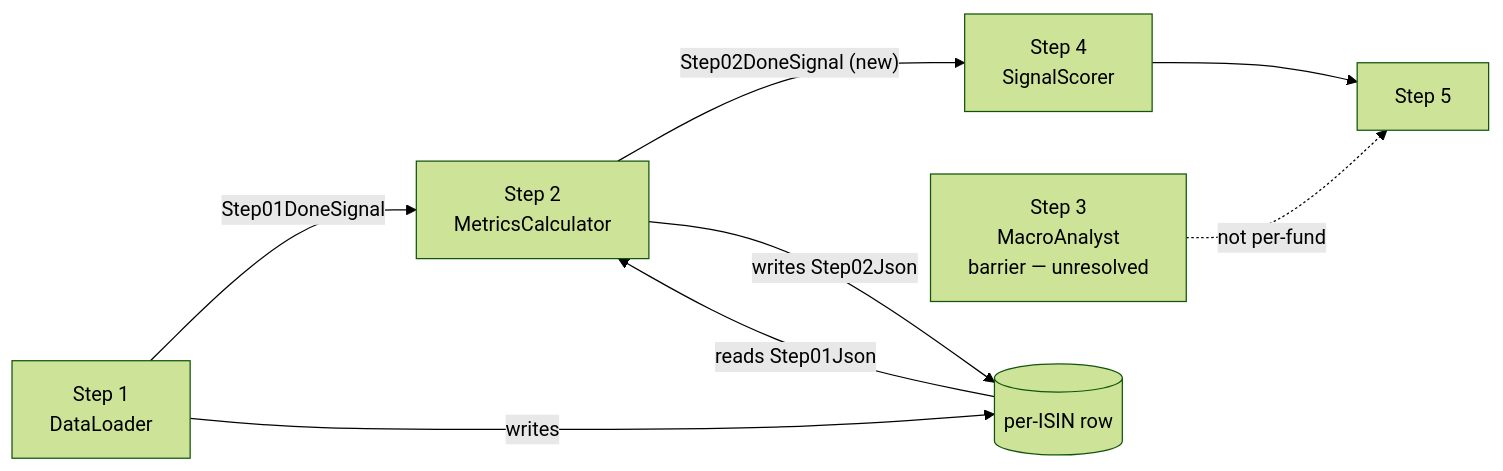
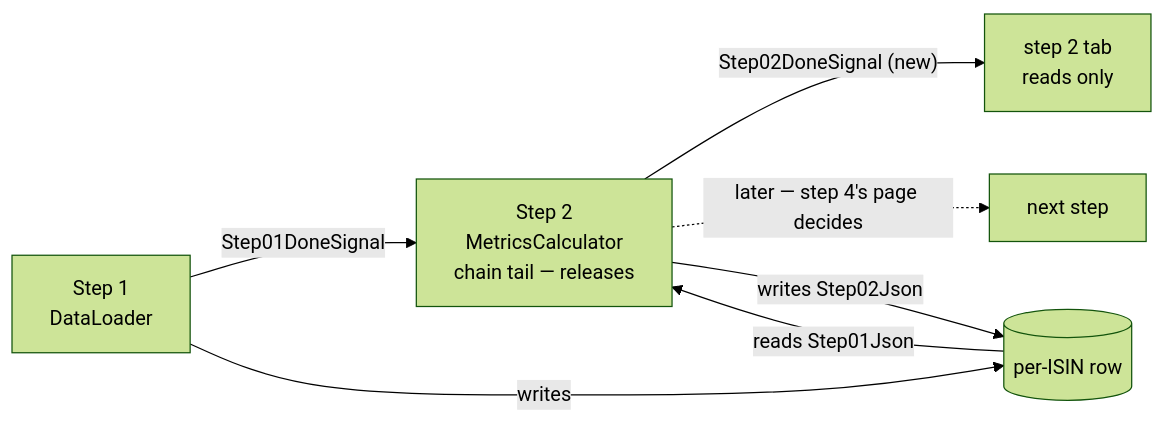
One commit to Muhomorik/FikaFinans changed the third of 3 diagrams in Docs/pipeline-redesign/02-metricscalculator.md. Above: the diagram before and after it, drawn with Mermaid (forest theme). The commit also changed other lines of this file, not shown here.

Commit message:
Expand `02-metricscalculator` documentation: new types, lifecycle, configs, signal flow, row structure decisions, and step transition logic. Align with `Step01DataLoader`.

````diff
--- a/Docs/pipeline-redesign/02-metricscalculator.md
+++ b/Docs/pipeline-redesign/02-metricscalculator.md
@@ -354,10 +508,9 @@
 ```mermaid
 flowchart LR
-  s1["Step 1<br/>DataLoader"] -->|"Step01DoneSignal"| s2["Step 2<br/>MetricsCalculator"]
-  s2 -->|"Step02DoneSignal (new)"| s4["Step 4<br/>SignalScorer"]
-  s3["Step 3<br/>MacroAnalyst<br/>barrier — unresolved"] -.->|"not per-fund"| s5["Step 5"]
-  s4 --> s5
+  s1["Step 1<br/>DataLoader"] -->|"Step01DoneSignal"| s2["Step 2<br/>MetricsCalculator<br/>chain tail — releases"]
+  s2 -->|"Step02DoneSignal (new)"| tab["step 2 tab<br/>reads only"]
+  s2 -.->|"later — step 4's page decides"| next["next step"]
   s1 -->|writes| row[("per-ISIN row")]
   row -->|"reads Step01Json"| s2
   s2 -->|writes Step02Json| row
 ```
````
